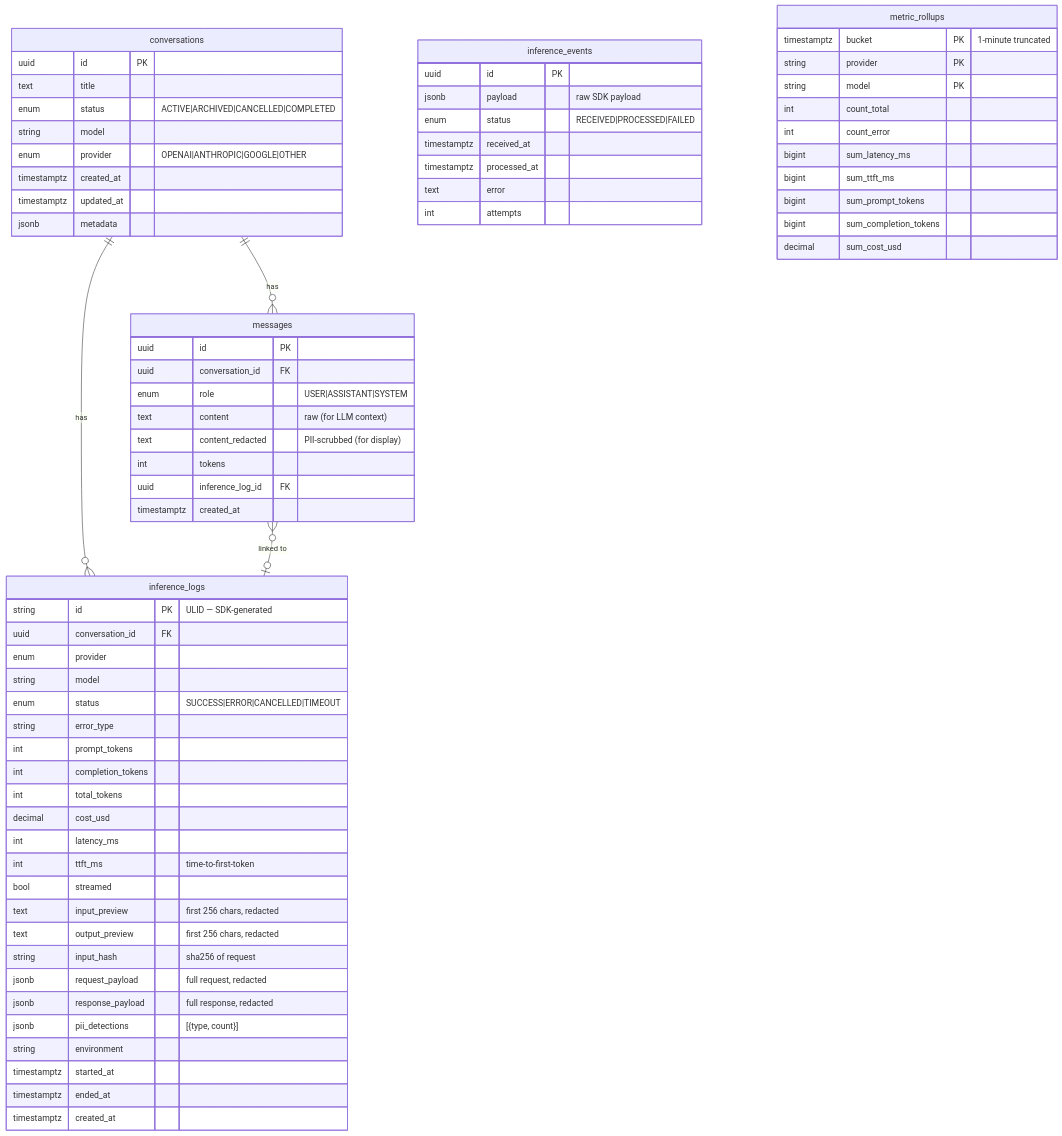
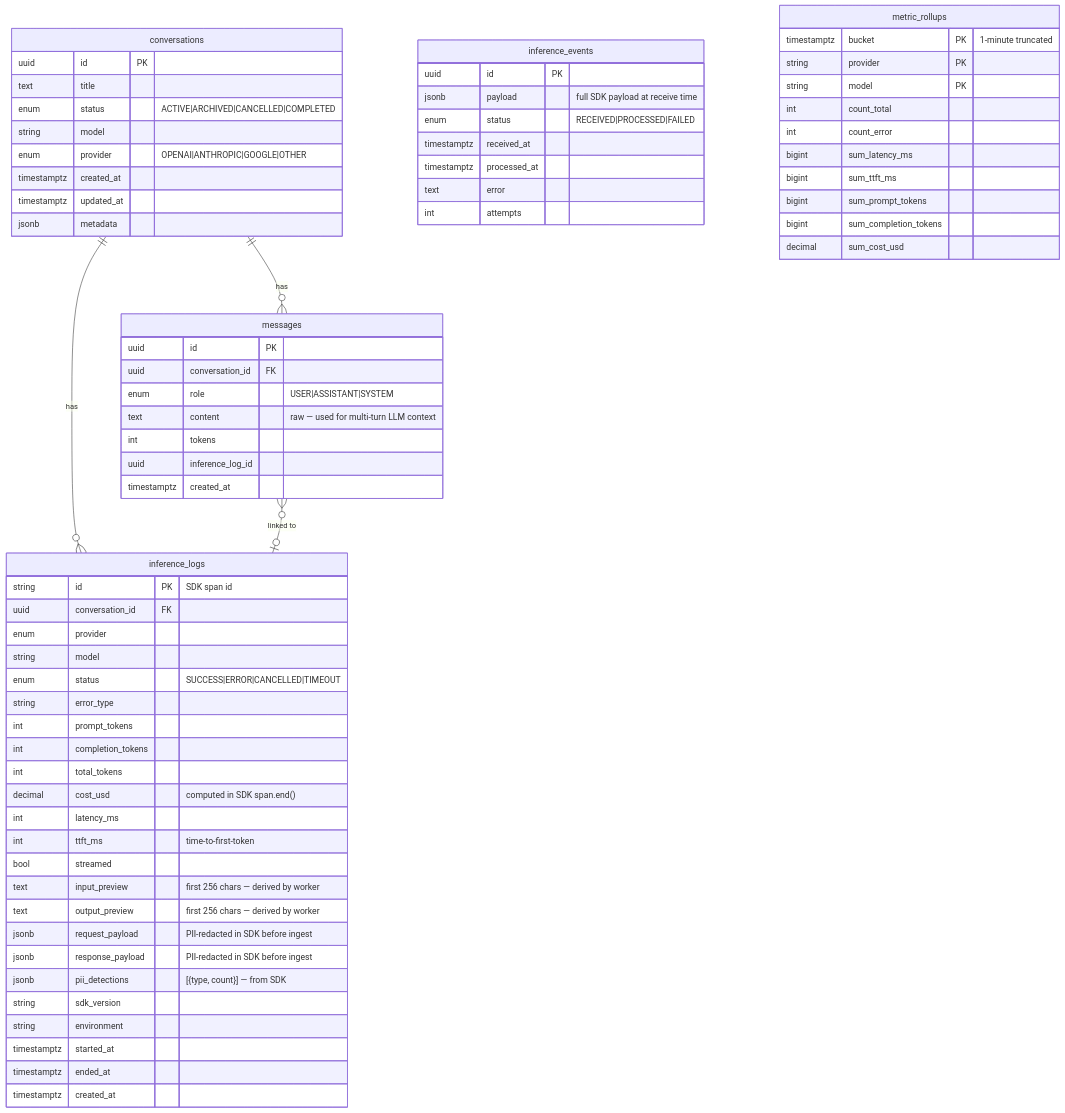
Before and after one commit to repanareddysekhar/chatbot-llm-observability: the third of 10 diagrams in ARCHITECTURE.md, drawn with Mermaid. The commit also changed other lines of this file and 1 other file, not shown here.

````diff
--- a/ARCHITECTURE.md
+++ b/ARCHITECTURE.md
@@ -228,77 +241,76 @@
 ```mermaid
 erDiagram
     conversations {
         uuid id PK
         text title
         enum status "ACTIVE|ARCHIVED|CANCELLED|COMPLETED"
         string model
         enum provider "OPENAI|ANTHROPIC|GOOGLE|OTHER"
         timestamptz created_at
         timestamptz updated_at
         jsonb metadata
     }
 
     messages {
         uuid id PK
         uuid conversation_id FK
         enum role "USER|ASSISTANT|SYSTEM"
-        text content "raw (for LLM context)"
-        text content_redacted "PII-scrubbed (for display)"
+        text content "raw — used for multi-turn LLM context"
         int tokens
-        uuid inference_log_id FK
+        uuid inference_log_id
         timestamptz created_at
     }
 
     inference_logs {
-        string id PK "ULID — SDK-generated"
+        string id PK "SDK span id"
         uuid conversation_id FK
         enum provider
         string model
         enum status "SUCCESS|ERROR|CANCELLED|TIMEOUT"
         string error_type
         int prompt_tokens
         int completion_tokens
         int total_tokens
-        decimal cost_usd
+        decimal cost_usd "computed in SDK span.end()"
         int latency_ms
         int ttft_ms "time-to-first-token"
         bool streamed
-        text input_preview "first 256 chars, redacted"
-        text output_preview "first 256 chars, redacted"
-        string input_hash "sha256 of request"
-        jsonb request_payload "full request, redacted"
-        jsonb response_payload "full response, redacted"
-        jsonb pii_detections "[{type, count}]"
+        text input_preview "first 256 chars — derived by worker"
+        text output_preview "first 256 chars — derived by worker"
+        jsonb request_payload "PII-redacted in SDK before ingest"
+        jsonb response_payload "PII-redacted in SDK before ingest"
+        jsonb pii_detections "[{type, count}] — from SDK"
+        string sdk_version
         string environment
         timestamptz started_at
         timestamptz ended_at
         timestamptz created_at
     }
 
     inference_events {
         uuid id PK
-        jsonb payload "raw SDK payload"
+        jsonb payload "full SDK payload at receive time"
         enum status "RECEIVED|PROCESSED|FAILED"
         timestamptz received_at
         timestamptz processed_at
         text error
         int attempts
     }
 
     metric_rollups {
         timestamptz bucket PK "1-minute truncated"
         string provider PK
         string model PK
         int count_total
         int count_error
         bigint sum_latency_ms
         bigint sum_ttft_ms
         bigint sum_prompt_tokens
         bigint sum_completion_tokens
         decimal sum_cost_usd
     }
 
     conversations ||--o{ messages : "has"
     conversations ||--o{ inference_logs : "has"
     messages }o--o| inference_logs : "linked to"
 ```
````
